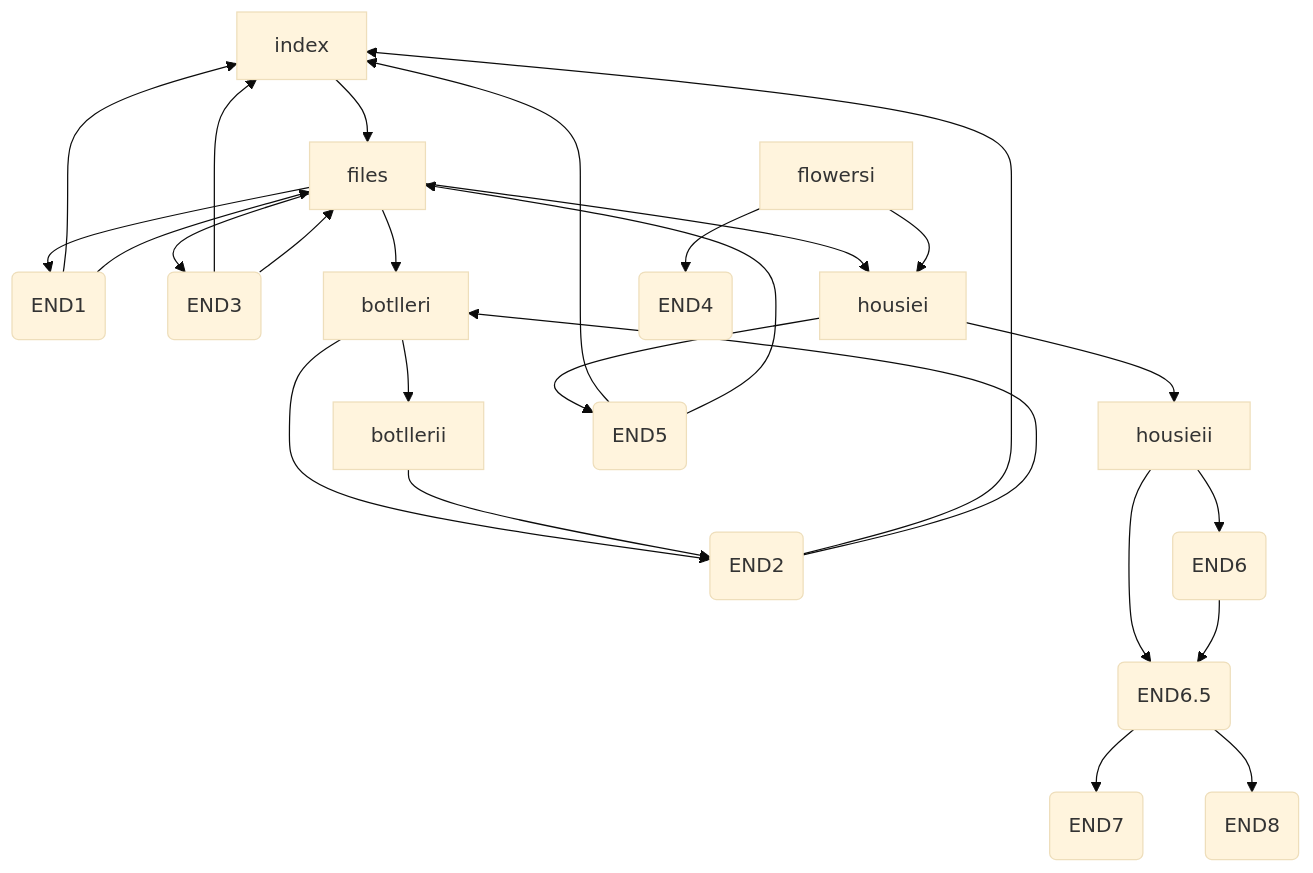
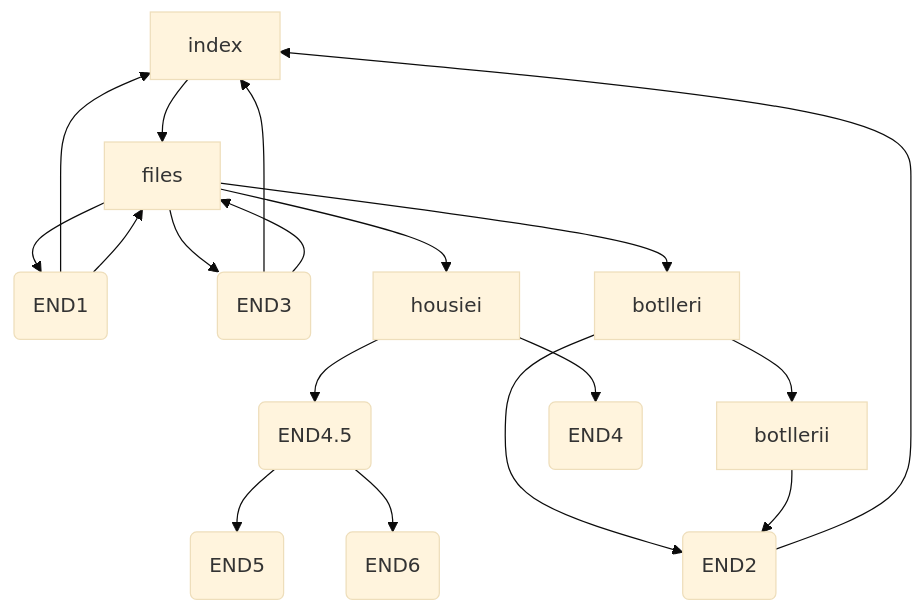
The diagram in README.md (rgbhsl/detective-flowers), drawn with Mermaid (base theme) before and after one commit. The commit also changed other lines of this file, not shown here.

````diff
--- a/README.md
+++ b/README.md
@@ -20,29 +19,23 @@
 ```mermaid
 
 graph TD;
     index --> files
     files --> shef1(END1) & gardner1(END3) & housiei & botlleri
 
 %%Shef, 1 ending
     shef1(END1) --> index & files
 
 %%Botller, 1 ending 
     botlleri --> botllerii & botller1 
-    botllerii --> botller1(END2) --> index & botlleri
+    botllerii --> botller1(END2) --> index
 
 %%Gardner, 1 ending
     gardner1(END3) --> index & files
 
-%%Flowers, 1 ending
-    flowersi --> flowers1(END4) & housiei
-
 %%Housie, 2 endings
-    housiei --> housieii & housie1(END5)
-    housieii --> housie2(END6) & index1(END6.5)
-    housie1(END5) --> index & files
-    housie2(END6) --> index1(END6.5)
+    housiei --> index1(end4.5) & housie1(END4)
 
 %%Index (2.5 endings)
- index1(END6.5) --> truth(END7) & victory(END8)
+ index1(END4.5) --> truth(END5) & victory(END6)
  
 ```
````
